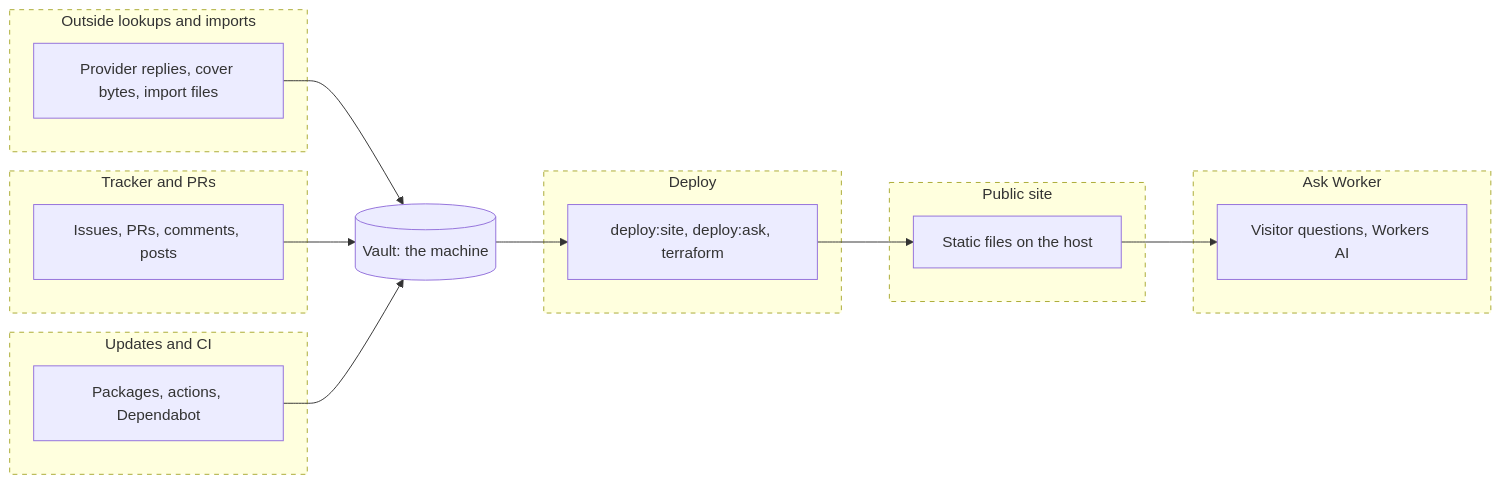
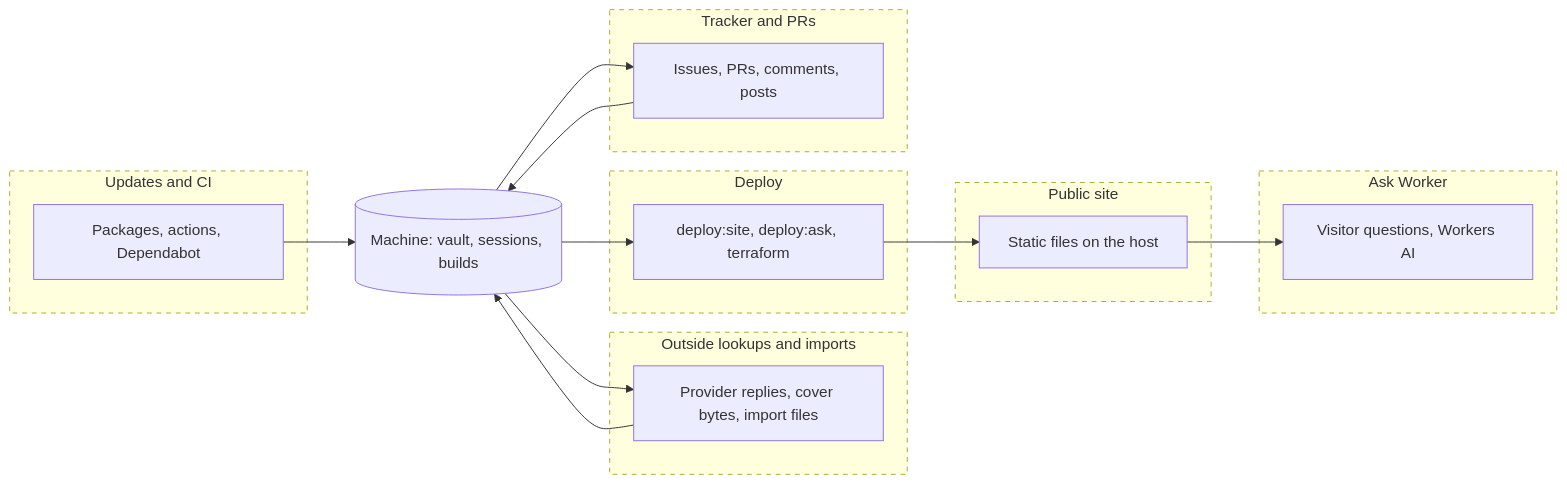
Before and after one commit to mephistopheles4/stacks: the first of 2 diagrams in docs/threat-model.md, drawn with Mermaid. The commit also changed other lines of this file and 9 other files, not shown here.

````diff
--- a/docs/threat-model.md
+++ b/docs/threat-model.md
@@ -19,33 +19,35 @@
 ```mermaid
 flowchart LR
-  vault[(Vault: the machine)]
+  vault[(Machine: vault, sessions, builds)]
   subgraph lookups[Outside lookups and imports]
     prov[Provider replies, cover bytes, import files]
   end
   subgraph deploy[Deploy]
     up[deploy:site, deploy:ask, terraform]
   end
   subgraph site[Public site]
     pages[Static files on the host]
   end
   subgraph ask[Ask Worker]
     worker[Visitor questions, Workers AI]
   end
   subgraph tracker[Tracker and PRs]
     gh[Issues, PRs, comments, posts]
   end
   subgraph updates[Updates and CI]
     reg[Packages, actions, Dependabot]
   end
   prov --> vault
+  vault --> prov
   vault --> up --> pages
   pages --> worker
   gh --> vault
+  vault --> gh
   reg --> vault
   style lookups stroke-dasharray: 5 5
   style deploy stroke-dasharray: 5 5
   style site stroke-dasharray: 5 5
   style ask stroke-dasharray: 5 5
   style tracker stroke-dasharray: 5 5
   style updates stroke-dasharray: 5 5
 ```
````
